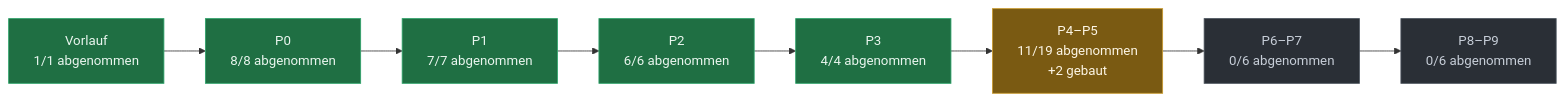
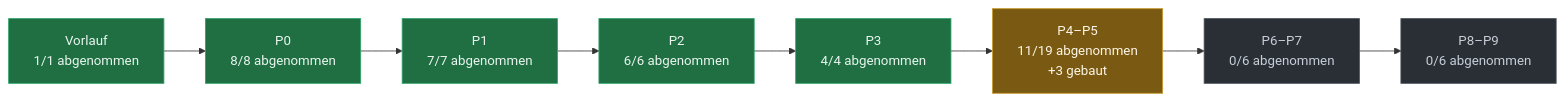
One commit to evenacadia-tech/Nakama changed the diagram in docs/PLAN-STAND.md. Above: the diagram before and after it, drawn with Mermaid. The commit also changed other lines of this file and 6 other files, not shown here.

````diff
--- a/docs/PLAN-STAND.md
+++ b/docs/PLAN-STAND.md
@@ -37,21 +40,21 @@
 ```mermaid
 flowchart LR
   P0["Vorlauf<br/>1/1 abgenommen"]:::fertig
   P1["P0<br/>8/8 abgenommen"]:::fertig
   P0 --> P1
   P2["P1<br/>7/7 abgenommen"]:::fertig
   P1 --> P2
   P3["P2<br/>6/6 abgenommen"]:::fertig
   P2 --> P3
   P4["P3<br/>4/4 abgenommen"]:::fertig
   P3 --> P4
-  P5["P4–P5<br/>11/19 abgenommen<br/>+2 gebaut"]:::laeuft
+  P5["P4–P5<br/>11/19 abgenommen<br/>+3 gebaut"]:::laeuft
   P4 --> P5
   P6["P6–P7<br/>0/6 abgenommen"]:::offen
   P5 --> P6
   P7["P8–P9<br/>0/6 abgenommen"]:::offen
   P6 --> P7
   classDef fertig fill:#1f6f43,stroke:#2ea36a,color:#eaf6ef
   classDef laeuft fill:#7a5a12,stroke:#c99a2e,color:#fdf6e6
   classDef offen  fill:#2a2f36,stroke:#4a525c,color:#c7ced8
 ```
````
